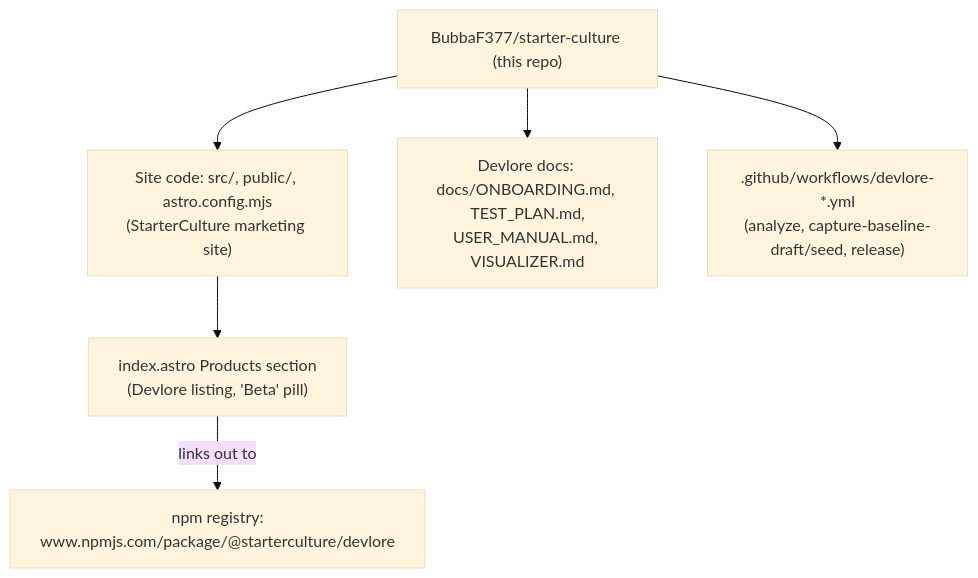
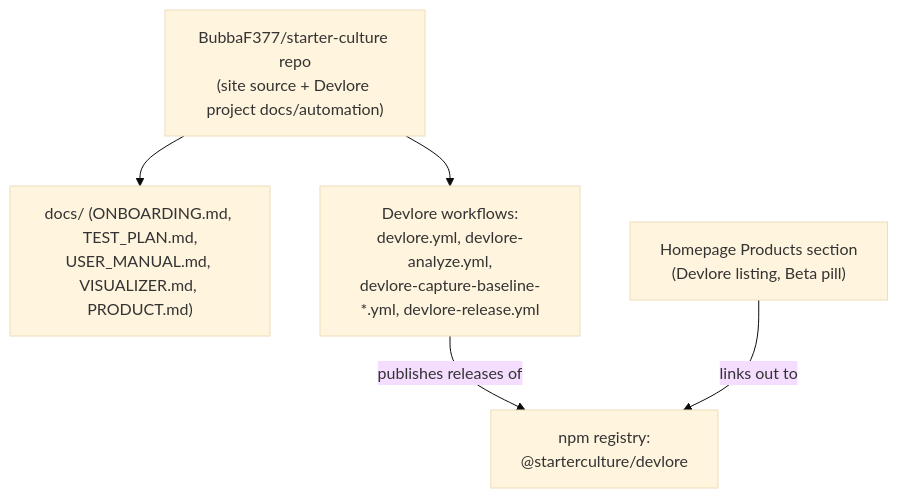
The third of 3 diagrams in docs/VISUALIZER.md (BubbaF377/starter-culture), drawn with Mermaid (base theme) before and after one commit. The commit also changed other lines of this file, not shown here.

Commit message:
Update visualizer (requirements changed): starter-culture

````diff
--- a/docs/VISUALIZER.md
+++ b/docs/VISUALIZER.md
@@ -87,16 +91,13 @@
 ```mermaid
-%% Other linked project: this repo's dual role as the site repo and the Devlore project repo, plus the outbound npm link
 graph TD
-  Repo["BubbaF377/starter-culture (this repo)"]
-  SiteCode["Site code: src/, public/, astro.config.mjs\n(StarterCulture marketing site)"]
-  DevloreDocs["Devlore docs: docs/ONBOARDING.md, TEST_PLAN.md,\nUSER_MANUAL.md, VISUALIZER.md"]
-  DevloreWorkflows[".github/workflows/devlore-*.yml\n(analyze, capture-baseline-draft/seed, release)"]
-  ProductsSection["index.astro Products section\n(Devlore listing, 'Beta' pill)"]
-  NpmPkg["npm registry:\nwww.npmjs.com/package/@starterculture/devlore"]
+    Repo["BubbaF377/starter-culture repo<br/>(site source + Devlore project docs/automation)"]
+    Docs["docs/ (ONBOARDING.md, TEST_PLAN.md,<br/>USER_MANUAL.md, VISUALIZER.md, PRODUCT.md)"]
+    Workflows["Devlore workflows:<br/>devlore.yml, devlore-analyze.yml,<br/>devlore-capture-baseline-*.yml, devlore-release.yml"]
+    NPM["npm registry:<br/>@starterculture/devlore"]
+    ProductsSection["Homepage Products section<br/>(Devlore listing, Beta pill)"]
 
-  Repo --> SiteCode
-  Repo --> DevloreDocs
-  Repo --> DevloreWorkflows
-  SiteCode --> ProductsSection
-  ProductsSection -- "links out to" --> NpmPkg
+    Repo --> Docs
+    Repo --> Workflows
+    Workflows -->|publishes releases of| NPM
+    ProductsSection -->|links out to| NPM
 ```
````
